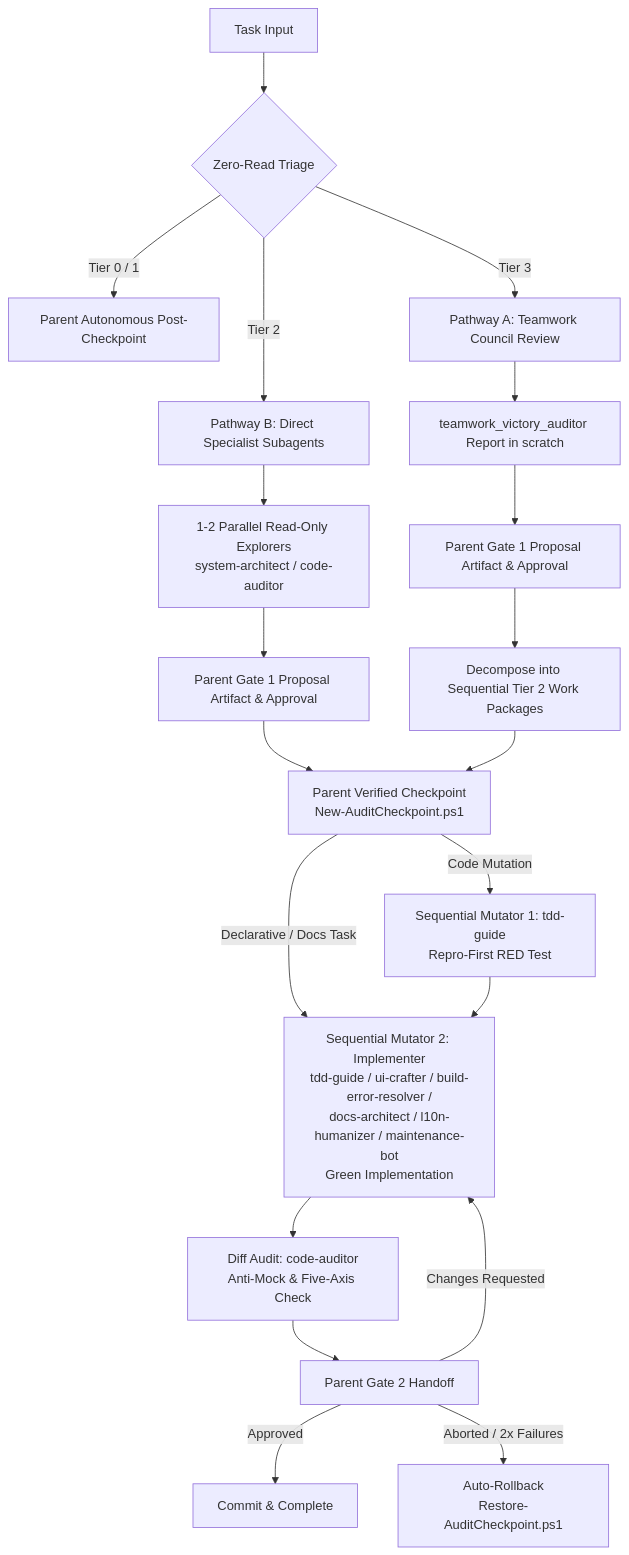
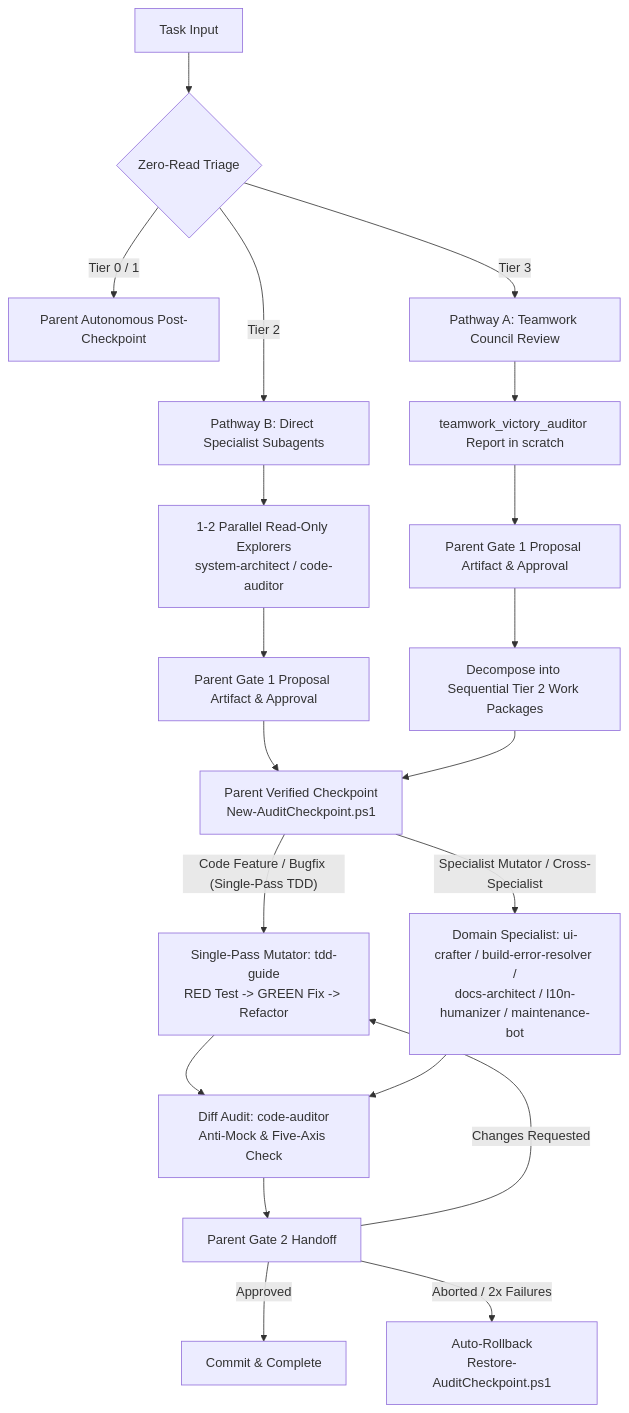
The diagram in config/skills/orchestrator/SKILL.md (afif25fradana/everyday-agy), drawn with Mermaid before and after one commit. The commit also changed other lines of this file and 27 other files, not shown here.

First line of the commit message:
feat(agents): rationalize fleet to 10 subagents and adopt single-pass TDD (ADR-0027)

````diff
--- a/config/skills/orchestrator/SKILL.md
+++ b/config/skills/orchestrator/SKILL.md
@@ -69,26 +70,26 @@
 ```mermaid
 flowchart TD
     Task["Task Input"] --> Triage{"Zero-Read Triage"}
     Triage -->|"Tier 0 / 1"| ParentDirect["Parent Autonomous Post-Checkpoint"]
     Triage -->|"Tier 2"| DirectSpecialists["Pathway B: Direct Specialist Subagents"]
     Triage -->|"Tier 3"| TeamworkCouncil["Pathway A: Teamwork Council Review"]
     
     DirectSpecialists --> S1["1-2 Parallel Read-Only Explorers<br/>system-architect / code-auditor"]
     S1 --> Gate1["Parent Gate 1 Proposal Artifact & Approval"]
     Gate1 --> Ckpt["Parent Verified Checkpoint<br/>New-AuditCheckpoint.ps1"]
     
     TeamworkCouncil --> TCReport["teamwork_victory_auditor Report in scratch"]
     TCReport --> Gate1TC["Parent Gate 1 Proposal Artifact & Approval"]
     Gate1TC --> T3Exec["Decompose into Sequential Tier 2 Work Packages"]
     T3Exec --> Ckpt
     
-    Ckpt -->|"Code Mutation"| S2["Sequential Mutator 1: tdd-guide<br/>Repro-First RED Test"]
-    Ckpt -->|"Declarative / Docs Task"| S3["Sequential Mutator 2: Implementer<br/>tdd-guide / ui-crafter / build-error-resolver /<br/>docs-architect / l10n-humanizer / maintenance-bot<br/>Green Implementation"]
-    S2 --> S3
-    S3 --> S4["Diff Audit: code-auditor<br/>Anti-Mock & Five-Axis Check"]
-    S4 --> Gate2["Parent Gate 2 Handoff"]
+    Ckpt -->|"Code Feature / Bugfix (Single-Pass TDD)"| S2["Single-Pass Mutator: tdd-guide<br/>RED Test -> GREEN Fix -> Refactor"]
+    Ckpt -->|"Specialist Mutator / Cross-Specialist"| S3["Domain Specialist: ui-crafter / build-error-resolver /<br/>docs-architect / l10n-humanizer / maintenance-bot"]
+    S2 --> S4["Diff Audit: code-auditor<br/>Anti-Mock & Five-Axis Check"]
+    S3 --> S4
     
     Gate2 -->|"Approved"| CommitDone["Commit & Complete"]
-    Gate2 -->|"Changes Requested"| S3
+    Gate2 -->|"Changes Requested"| S2
     Gate2 -->|"Aborted / 2x Failures"| Rollback["Auto-Rollback<br/>Restore-AuditCheckpoint.ps1"]
+    S4 --> Gate2["Parent Gate 2 Handoff"]
 ```
````
